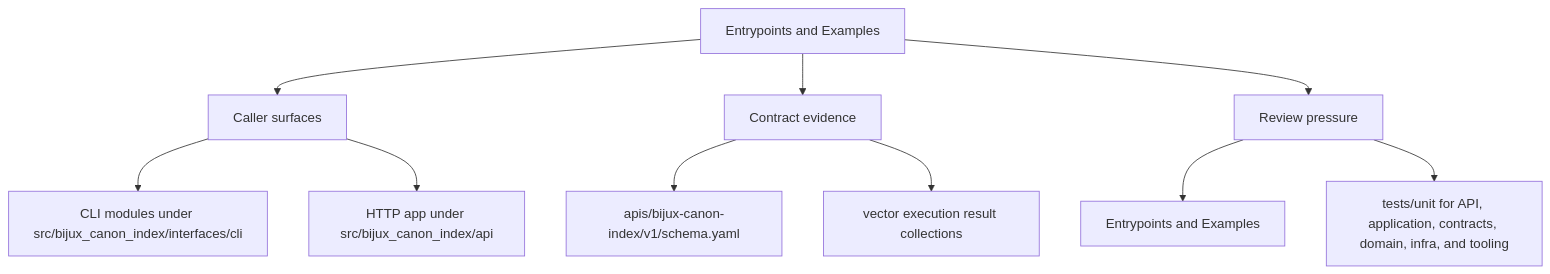
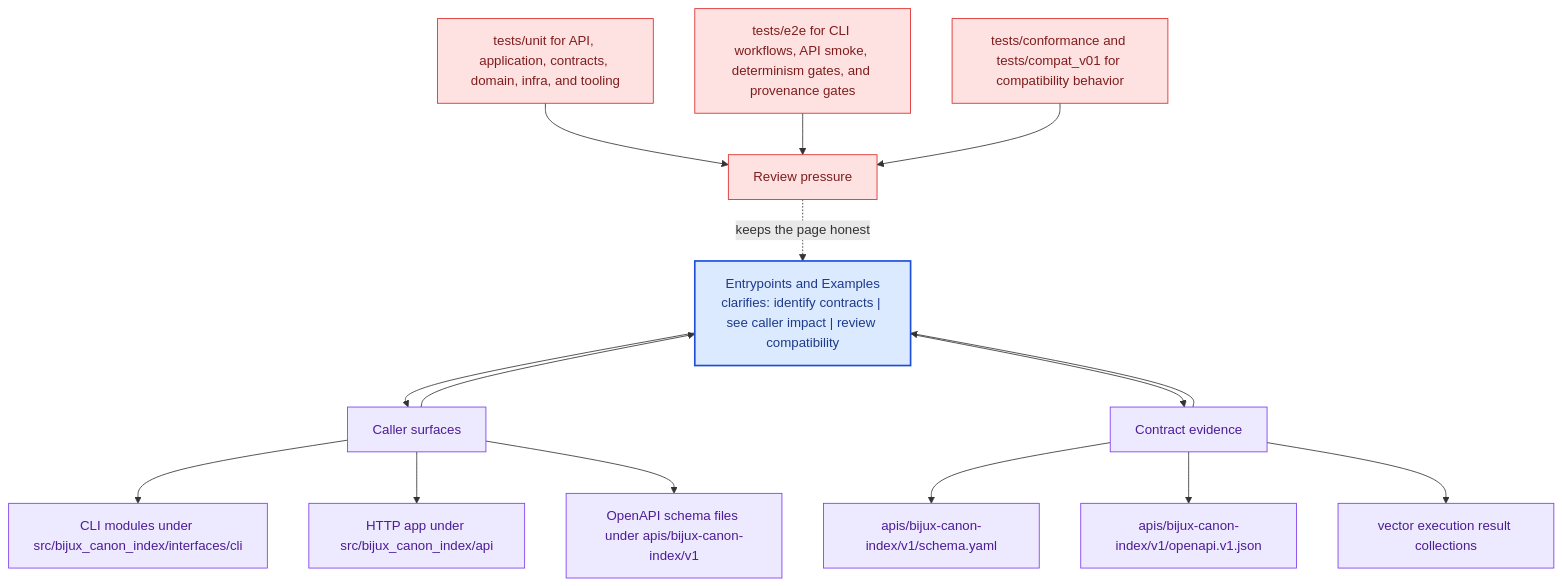
Before and after one commit to bijux/bijux-canon: the second of 2 diagrams in docs/bijux-canon-index/interfaces/entrypoints-and-examples.md, drawn with Mermaid. The commit also changed other lines of this file and 281 other files, not shown here.

Commit message:
docs(diagrams): deepen handbook mermaid maps across the catalog

````diff
--- a/docs/bijux-canon-index/interfaces/entrypoints-and-examples.md
+++ b/docs/bijux-canon-index/interfaces/entrypoints-and-examples.md
@@ -34,22 +67,41 @@
 ```mermaid
-flowchart TD
-    page["Entrypoints and Examples"]
+flowchart TB
+    promise["Entrypoints and Examples<br/>clarifies: identify contracts | see caller impact | review compatibility"]
+    classDef promise fill:#dbeafe,stroke:#1d4ed8,color:#1e3a8a,stroke-width:2px;
+    classDef driver fill:#dcfce7,stroke:#16a34a,color:#14532d;
+    classDef constraint fill:#fee2e2,stroke:#dc2626,color:#7f1d1d;
+    classDef ground fill:#ede9fe,stroke:#7c3aed,color:#4c1d95;
     focus1["Caller surfaces"]
-    page --> focus1
+    focus1 --> promise
+    promise --> focus1
     focus1_1["CLI modules under src/bijux_canon_index/interfaces/cli"]
     focus1 --> focus1_1
     focus1_2["HTTP app under src/bijux_canon_index/api"]
     focus1 --> focus1_2
+    focus1_3["OpenAPI schema files under apis/bijux-canon-index/v1"]
+    focus1 --> focus1_3
+    class focus1 ground;
+    class focus1_1,focus1_2,focus1_3 ground;
     focus2["Contract evidence"]
-    page --> focus2
+    focus2 --> promise
+    promise --> focus2
     focus2_1["apis/bijux-canon-index/v1/schema.yaml"]
     focus2 --> focus2_1
-    focus2_2["vector execution result collections"]
+    focus2_2["apis/bijux-canon-index/v1/openapi.v1.json"]
     focus2 --> focus2_2
+    focus2_3["vector execution result collections"]
+    focus2 --> focus2_3
+    class focus2 ground;
+    class focus2_1,focus2_2,focus2_3 ground;
     focus3["Review pressure"]
-    page --> focus3
-    focus3_1["Entrypoints and Examples"]
-    focus3 --> focus3_1
-    focus3_2["tests/unit for API, application, contracts, domain, infra, and tooling"]
-    focus3 --> focus3_2
+    focus3 -.keeps the page honest.-> promise
+    focus3_1["tests/unit for API, application, contracts, domain, infra, and tooling"]
+    focus3_1 --> focus3
+    focus3_2["tests/e2e for CLI workflows, API smoke, determinism gates, and provenance gates"]
+    focus3_2 --> focus3
+    focus3_3["tests/conformance and tests/compat_v01 for compatibility behavior"]
+    focus3_3 --> focus3
+    class focus3 constraint;
+    class focus3_1,focus3_2,focus3_3 constraint;
+    class promise promise;
 ```
````
